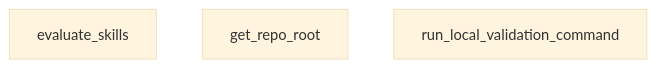
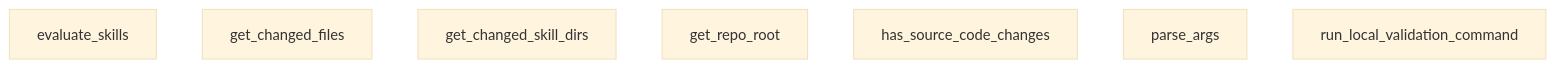
The diagram in scripts/skills-evaluator.md (peckop/venthub-hvac-esite), drawn with Mermaid (base theme) before and after one commit. The commit also changed other lines of this file and 36 other files, not shown here.

````diff
--- a/scripts/skills-evaluator.md
+++ b/scripts/skills-evaluator.md
@@ -170,6 +222,10 @@
 ```mermaid
 graph TD
     skills-evaluator_py__evaluate_skills["evaluate_skills"]
+    skills-evaluator_py__get_changed_files["get_changed_files"]
+    skills-evaluator_py__get_changed_skill_dirs["get_changed_skill_dirs"]
     skills-evaluator_py__get_repo_root["get_repo_root"]
+    skills-evaluator_py__has_source_code_changes["has_source_code_changes"]
+    skills-evaluator_py__parse_args["parse_args"]
     skills-evaluator_py__run_local_validation_command["run_local_validation_command"]
 ```
````
